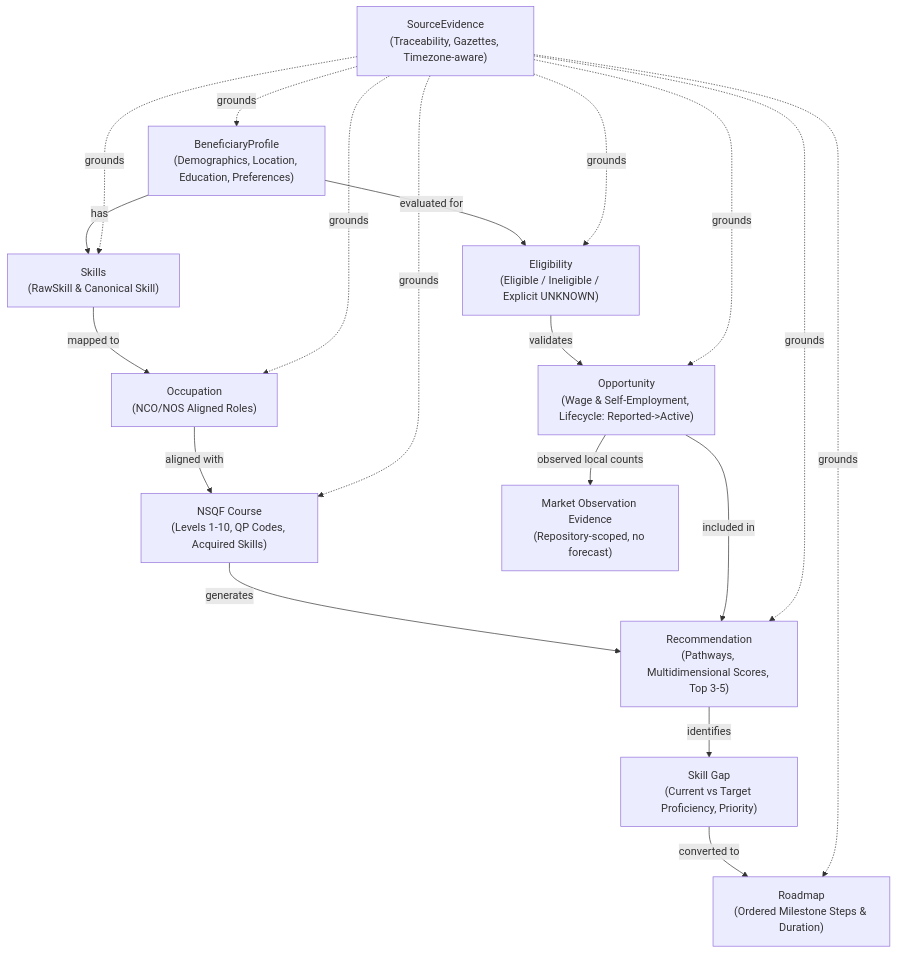
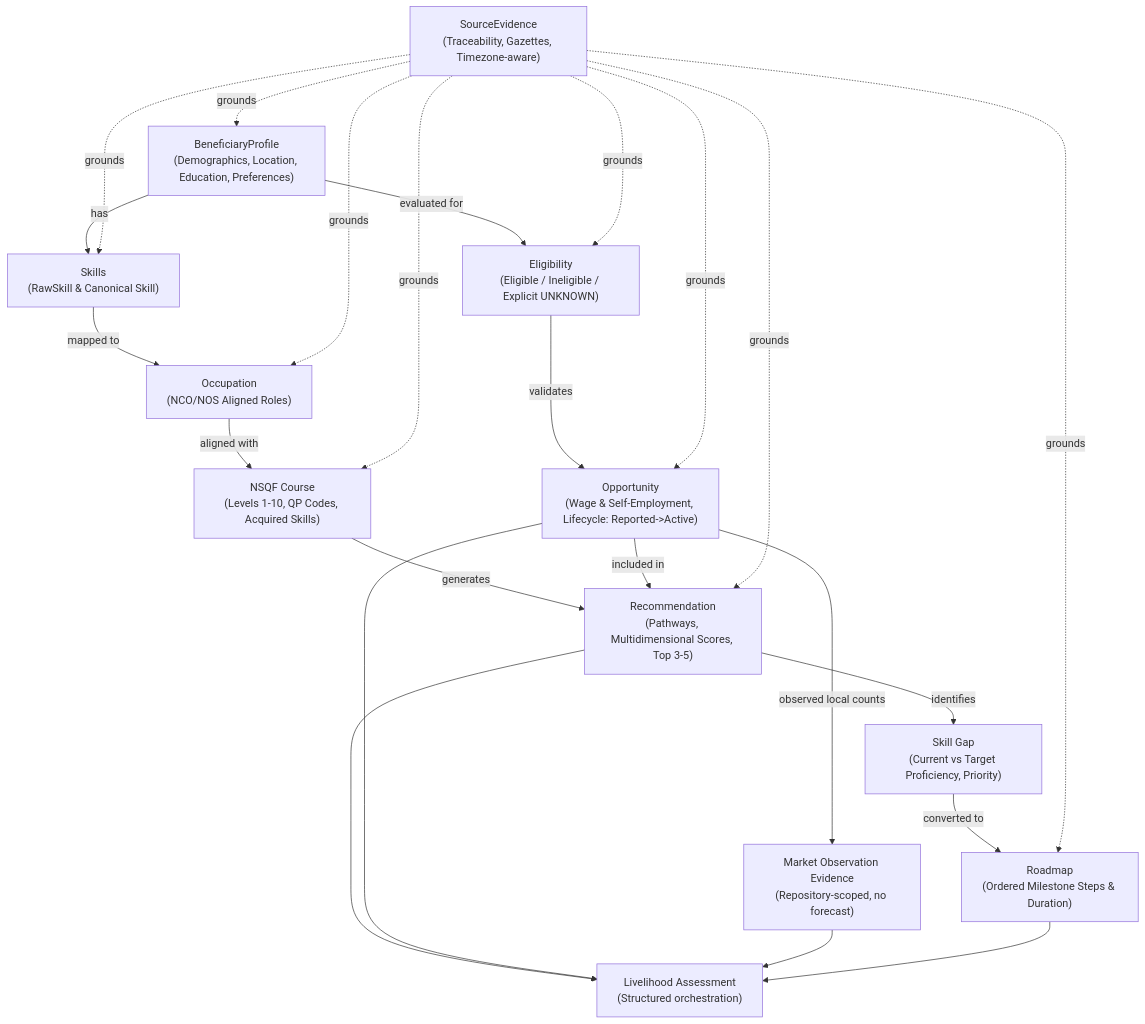
Before and after one commit to Akshat0029/Livelihood-Assistant: the first of 2 diagrams in docs/architecture.md, drawn with Mermaid. The commit also changed other lines of this file and 11 other files, not shown here.

Commit message:
feat: add end-to-end livelihood assessment pipeline

````diff
--- a/docs/architecture.md
+++ b/docs/architecture.md
@@ -10,33 +10,38 @@
 ```mermaid
 graph TD
     Beneficiary["BeneficiaryProfile<br/>(Demographics, Location, Education, Preferences)"]
     Skills["Skills<br/>(RawSkill & Canonical Skill)"]
     Occupation["Occupation<br/>(NCO/NOS Aligned Roles)"]
     NSQFCourse["NSQF Course<br/>(Levels 1-10, QP Codes, Acquired Skills)"]
     Eligibility["Eligibility<br/>(Eligible / Ineligible / Explicit UNKNOWN)"]
     Opportunity["Opportunity<br/>(Wage & Self-Employment, Lifecycle: Reported->Active)"]
     Recommendation["Recommendation<br/>(Pathways, Multidimensional Scores, Top 3-5)"]
     SkillGap["Skill Gap<br/>(Current vs Target Proficiency, Priority)"]
     Roadmap["Roadmap<br/>(Ordered Milestone Steps & Duration)"]
+    Assessment["Livelihood Assessment<br/>(Structured orchestration)"]
     SourceEvidence["SourceEvidence<br/>(Traceability, Gazettes, Timezone-aware)"]
 
     Beneficiary -->|has| Skills
     Skills -->|mapped to| Occupation
     Occupation -->|aligned with| NSQFCourse
     Beneficiary -->|evaluated for| Eligibility
     Eligibility -->|validates| Opportunity
     NSQFCourse -->|generates| Recommendation
     Opportunity -->|included in| Recommendation
     Opportunity -->|observed local counts| MarketEvidence["Market Observation Evidence<br/>(Repository-scoped, no forecast)"]
     Recommendation -->|identifies| SkillGap
     SkillGap -->|converted to| Roadmap
+    Recommendation --> Assessment
+    Opportunity --> Assessment
+    MarketEvidence --> Assessment
+    Roadmap --> Assessment
 
     SourceEvidence -.->|grounds| Beneficiary
     SourceEvidence -.->|grounds| Skills
     SourceEvidence -.->|grounds| Occupation
     SourceEvidence -.->|grounds| NSQFCourse
     SourceEvidence -.->|grounds| Eligibility
     SourceEvidence -.->|grounds| Opportunity
     SourceEvidence -.->|grounds| Recommendation
     SourceEvidence -.->|grounds| Roadmap
 ```
````
